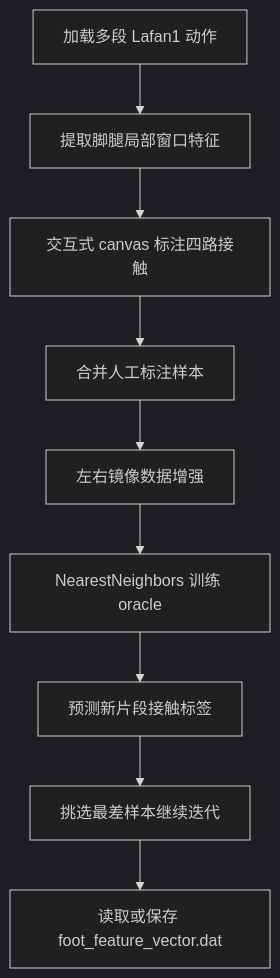
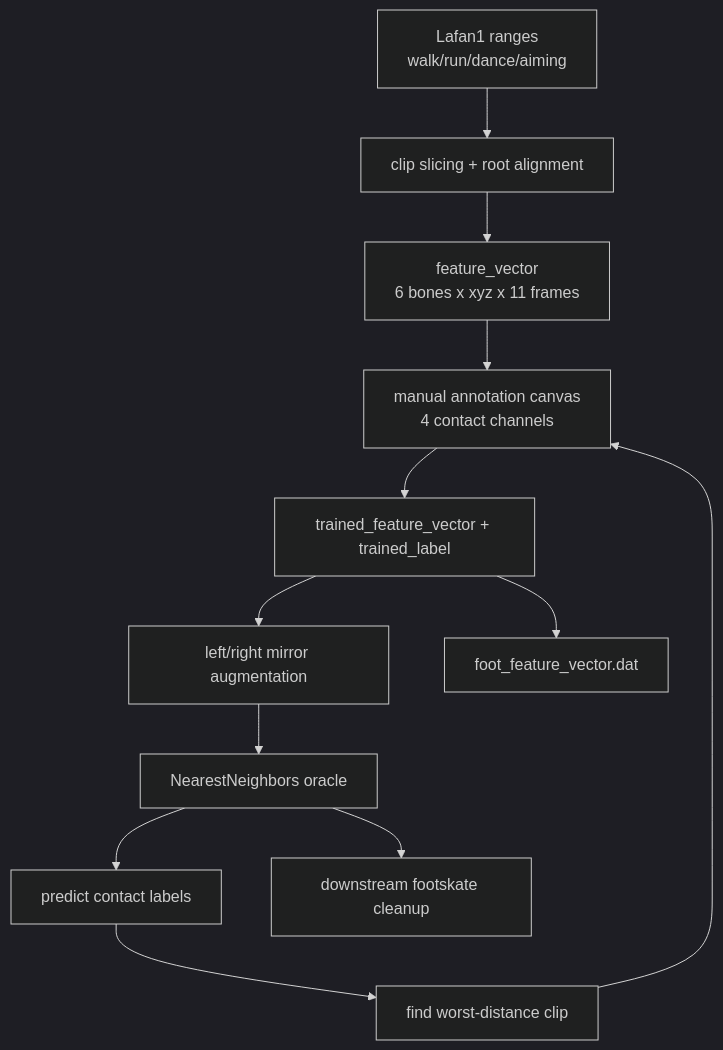
The first of 8 diagrams in docs/blog/AnimationPapers/knowing_when_to_put_your_foot_down/README.md (EvihGraphics/AnimationTech-HTC), drawn with Mermaid (dark theme) before and after one commit. The commit also changed other lines of this file and 6 other files, not shown here.

````diff
--- a/docs/blog/AnimationPapers/knowing_when_to_put_your_foot_down/README.md
+++ b/docs/blog/AnimationPapers/knowing_when_to_put_your_foot_down/README.md
@@ -21,11 +30,14 @@
 ```mermaid
 flowchart TD
-    A[加载多段 Lafan1 动作] --> B[提取脚腿局部窗口特征]
-    B --> C[交互式 canvas 标注四路接触]
-    C --> D[合并人工标注样本]
-    D --> E[左右镜像数据增强]
-    E --> F[NearestNeighbors 训练 oracle]
-    F --> G[预测新片段接触标签]
-    G --> H[挑选最差样本继续迭代]
-    H --> I[读取或保存 foot_feature_vector.dat]
+    A[Lafan1 ranges<br/>walk/run/dance/aiming] --> B[clip slicing + root alignment]
+    B --> C[feature_vector<br/>6 bones x xyz x 11 frames]
+    C --> D[manual annotation canvas<br/>4 contact channels]
+    D --> E[trained_feature_vector + trained_label]
+    E --> F[left/right mirror augmentation]
+    F --> G[NearestNeighbors oracle]
+    G --> H[predict contact labels]
+    H --> I[find worst-distance clip]
+    I --> D
+    E --> J[foot_feature_vector.dat]
+    G --> K[downstream footskate cleanup]
 ```
````
